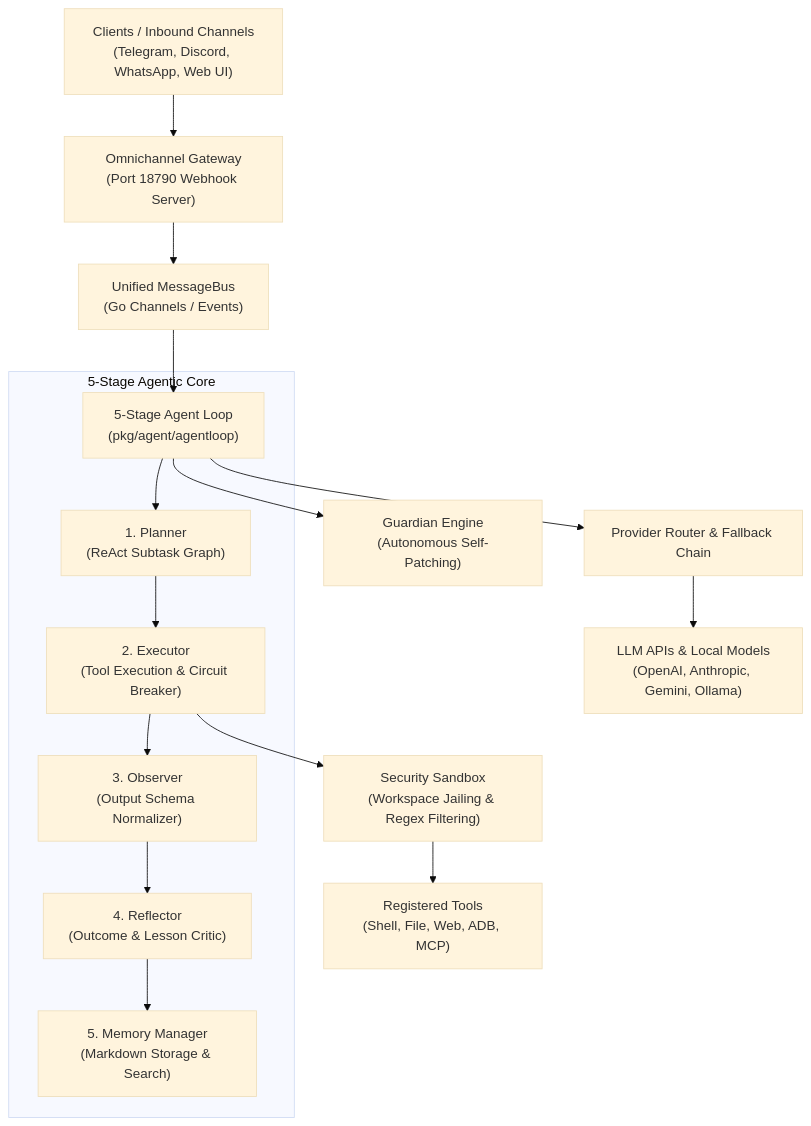
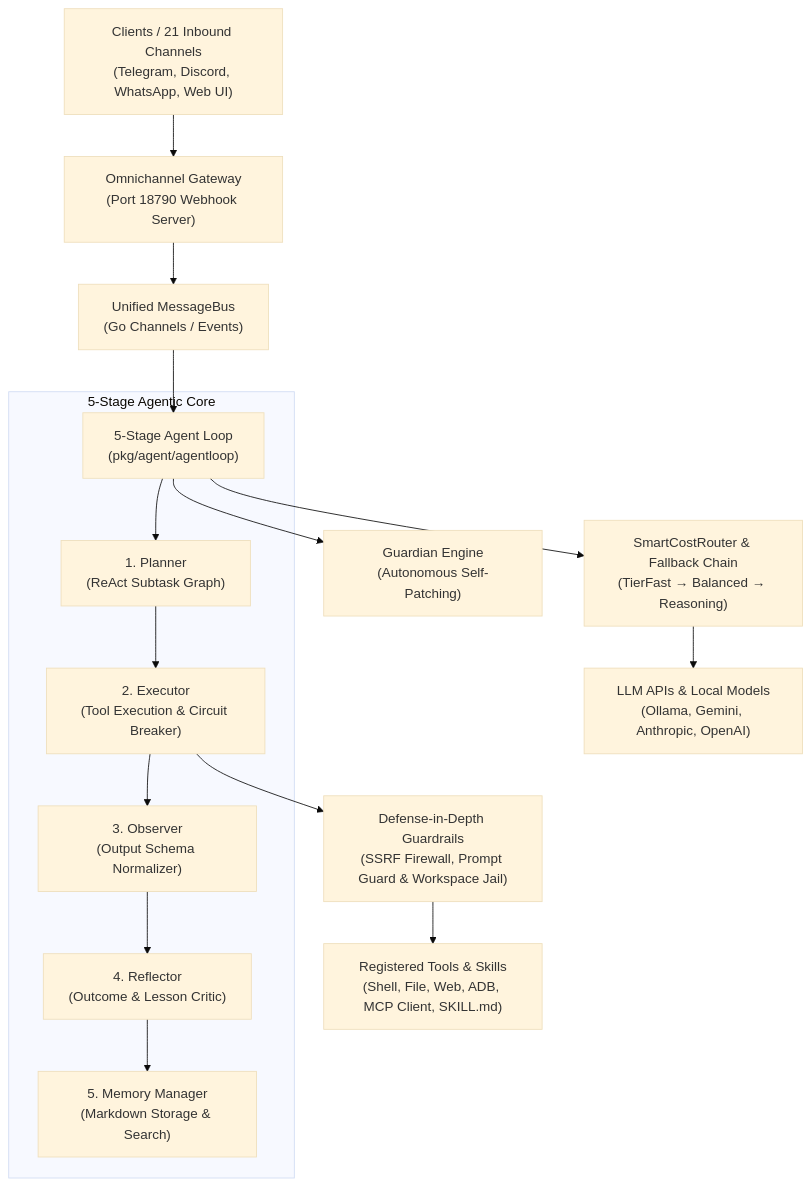
The first of 2 diagrams in README.md (AbdullahMalik17/malikclaw), drawn with Mermaid (base theme) before and after one commit. The commit also changed other lines of this file and 88 other files, not shown here.

Commit message:
feat(v2.0.0): upgrade MalikClaw to 2026 Agentic Era with SSRF firewall, prompt guard, cost router, and bilingual onboarding

````diff
--- a/README.md
+++ b/README.md
@@ -160,20 +212,20 @@
 ```mermaid
 graph TD
-    UserClient["Clients / Inbound Channels<br/>(Telegram, Discord, WhatsApp, Web UI)"] --> Gateway["Omnichannel Gateway<br/>(Port 18790 Webhook Server)"]
+    UserClient["Clients / 21 Inbound Channels<br/>(Telegram, Discord, WhatsApp, Web UI)"] --> Gateway["Omnichannel Gateway<br/>(Port 18790 Webhook Server)"]
     Gateway --> Bus["Unified MessageBus<br/>(Go Channels / Events)"]
     Bus --> Loop["5-Stage Agent Loop<br/>(pkg/agent/agentloop)"]
     
     subgraph AgenticEngine ["5-Stage Agentic Core"]
         Loop --> Plan["1. Planner<br/>(ReAct Subtask Graph)"]
-        Plan --> Act["2. Executor<br/>(Tool Execution &amp; Circuit Breaker)"]
+        Plan --> Act["2. Executor<br/>(Tool Execution & Circuit Breaker)"]
         Act --> Obs["3. Observer<br/>(Output Schema Normalizer)"]
-        Obs --> Ref["4. Reflector<br/>(Outcome &amp; Lesson Critic)"]
-        Ref --> Mem["5. Memory Manager<br/>(Markdown Storage &amp; Search)"]
+        Obs --> Ref["4. Reflector<br/>(Outcome & Lesson Critic)"]
+        Ref --> Mem["5. Memory Manager<br/>(Markdown Storage & Search)"]
     end
     
-    Act --> Sandbox["Security Sandbox<br/>(Workspace Jailing &amp; Regex Filtering)"]
-    Sandbox --> Tools["Registered Tools<br/>(Shell, File, Web, ADB, MCP)"]
-    Loop --> ProviderLayer["Provider Router &amp; Fallback Chain"]
-    ProviderLayer --> LLMBackends["LLM APIs &amp; Local Models<br/>(OpenAI, Anthropic, Gemini, Ollama)"]
+    Act --> Sandbox["Defense-in-Depth Guardrails<br/>(SSRF Firewall, Prompt Guard & Workspace Jail)"]
+    Sandbox --> Tools["Registered Tools & Skills<br/>(Shell, File, Web, ADB, MCP Client, SKILL.md)"]
+    Loop --> ProviderLayer["SmartCostRouter & Fallback Chain<br/>(TierFast → Balanced → Reasoning)"]
+    ProviderLayer --> LLMBackends["LLM APIs & Local Models<br/>(Ollama, Gemini, Anthropic, OpenAI)"]
     Loop --> Guardian["Guardian Engine<br/>(Autonomous Self-Patching)"]
 ```
````
